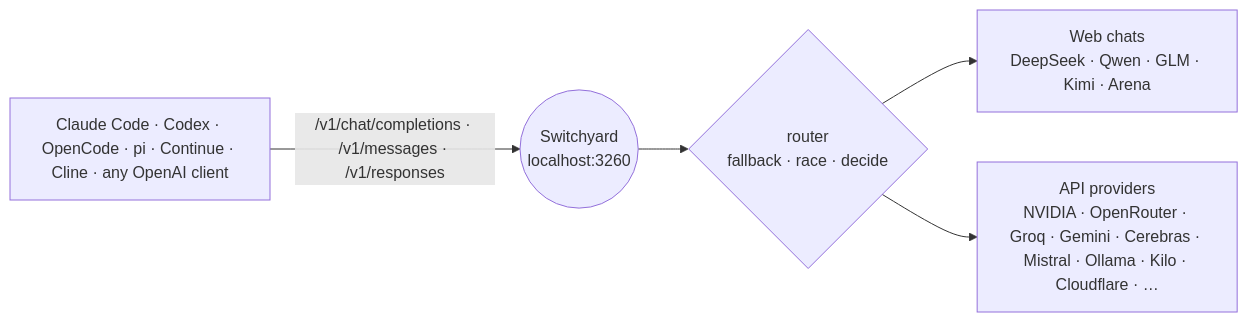
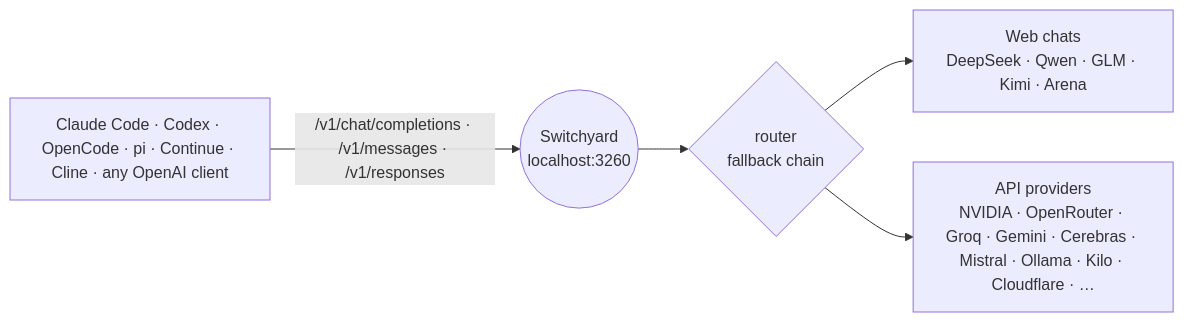
The diagram in README.md (kravchenski/switchyard), drawn with Mermaid before and after one commit. The commit also changed other lines of this file and 16 other files, not shown here.

````diff
--- a/README.md
+++ b/README.md
@@ -20,7 +20,7 @@
 ```mermaid
 flowchart LR
   A["Claude Code · Codex · OpenCode · pi · Continue · Cline · any OpenAI client"] -->|"/v1/chat/completions · /v1/messages · /v1/responses"| S(("Switchyard<br/>localhost:3260"))
-  S --> R{"router<br/>fallback · race · decide"}
+  S --> R{"router<br/>fallback chain"}
   R --> W["Web chats<br/>DeepSeek · Qwen · GLM · Kimi · Arena"]
   R --> P["API providers<br/>NVIDIA · OpenRouter · Groq · Gemini · Cerebras · Mistral · Ollama · Kilo · Cloudflare · …"]
 ```
````
